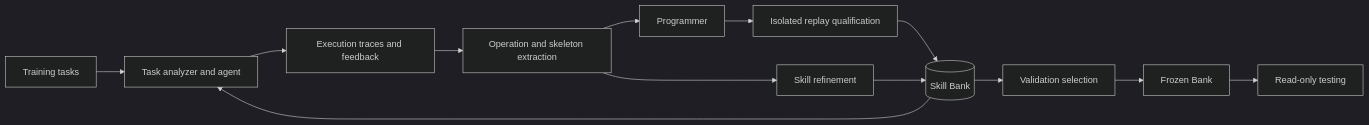
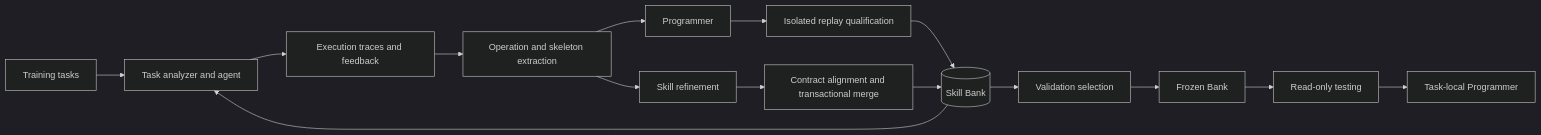
Before and after one commit to YU-S3/SkillCompiler: the diagram in README.md, drawn with Mermaid (dark theme). The commit also changed other lines of this file and 15 other files, not shown here.

Commit message:
Restore semantic alignment and merge transactions with task-local runtime programming

````diff
--- a/README.md
+++ b/README.md
@@ -11,15 +11,17 @@
 ```mermaid
 flowchart LR
     T[Training tasks] --> A[Task analyzer and agent]
     B[(Skill Bank)] --> A
     A --> E[Execution traces and feedback]
     E --> L[Operation and skeleton extraction]
     L --> P[Programmer]
     P --> Q[Isolated replay qualification]
     L --> R[Skill refinement]
     Q --> B
-    R --> B
+    R --> C[Contract alignment and transactional merge]
+    C --> B
     B --> V[Validation selection]
     V --> F[Frozen Bank]
     F --> X[Read-only testing]
+    X --> LP[Task-local Programmer]
 ```
````
